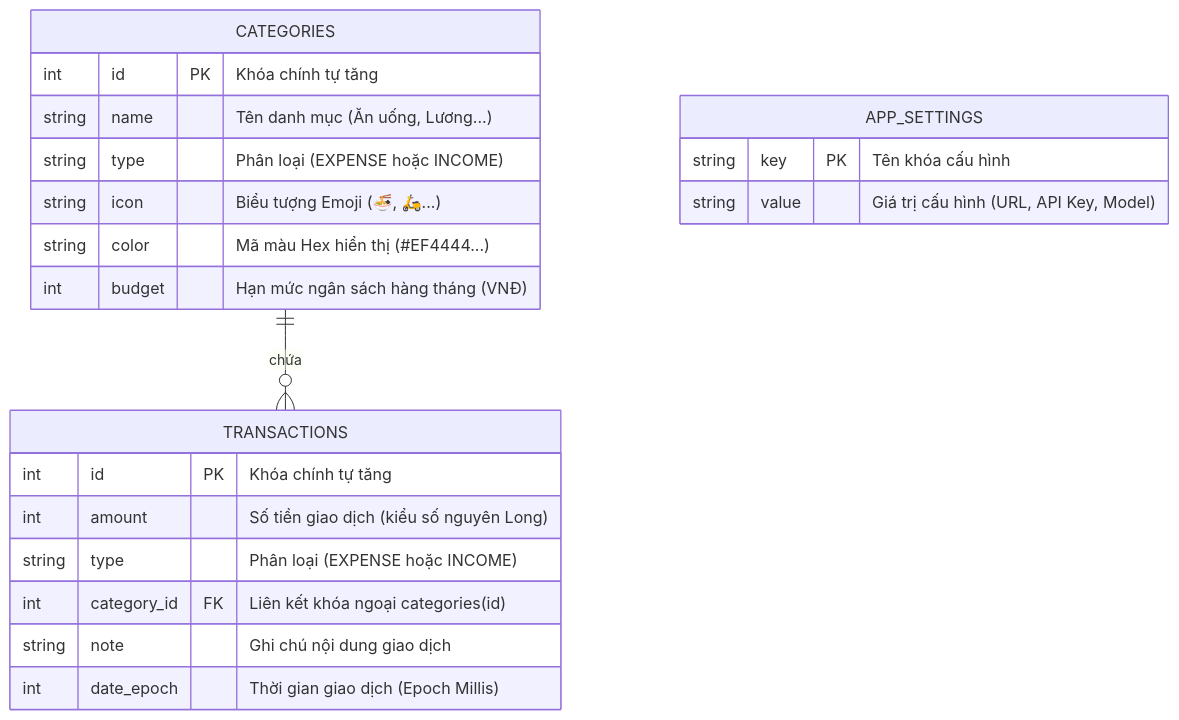
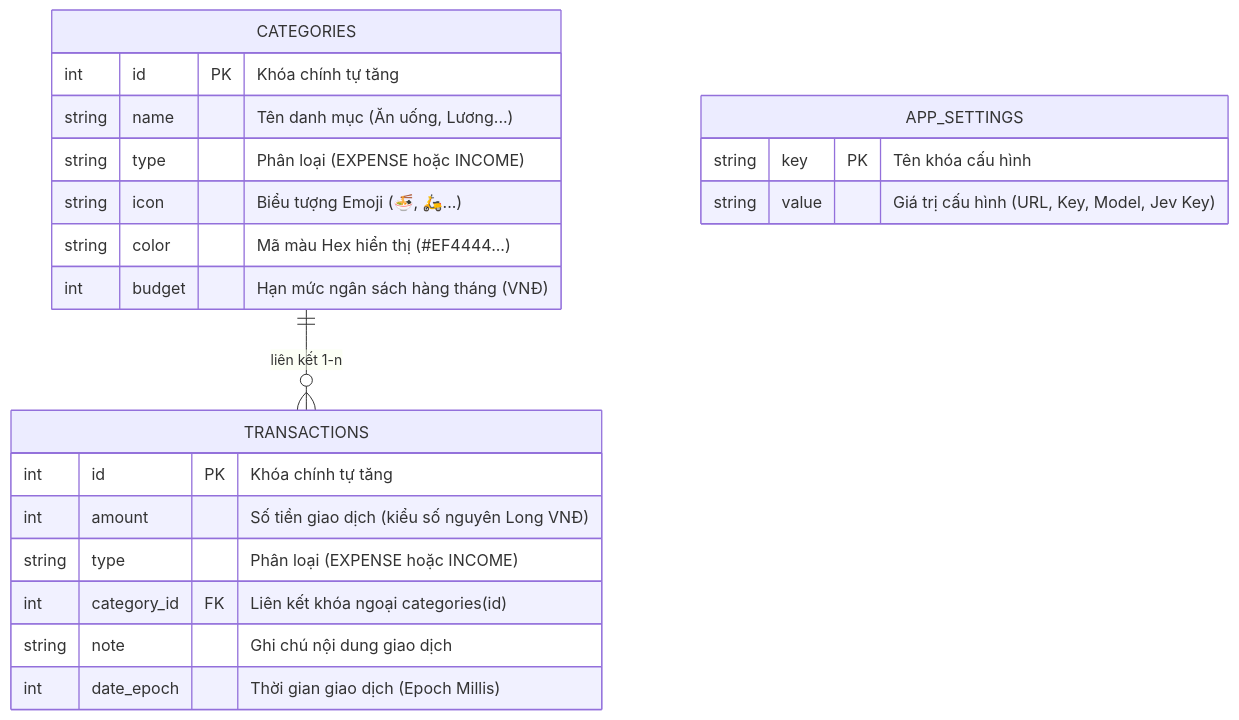
The second of 10 diagrams in docs/baocao.md (tuananhdayne/APP-Tai-Chinh-Ca-Nhan), drawn with Mermaid before and after one commit. The commit also changed other lines of this file and 20 other files, not shown here.

````diff
--- a/docs/baocao.md
+++ b/docs/baocao.md
@@ -147,27 +166,27 @@
 ```mermaid
 erDiagram
-    CATEGORIES ||--o{ TRANSACTIONS : "chứa"
+    CATEGORIES ||--o{ TRANSACTIONS : "liên kết 1-n"
     
     CATEGORIES {
         int id PK "Khóa chính tự tăng"
         string name "Tên danh mục (Ăn uống, Lương...)"
         string type "Phân loại (EXPENSE hoặc INCOME)"
         string icon "Biểu tượng Emoji (🍜, 🛵...)"
         string color "Mã màu Hex hiển thị (#EF4444...)"
         int budget "Hạn mức ngân sách hàng tháng (VNĐ)"
     }
     
     TRANSACTIONS {
         int id PK "Khóa chính tự tăng"
-        int amount "Số tiền giao dịch (kiểu số nguyên Long)"
+        int amount "Số tiền giao dịch (kiểu số nguyên Long VNĐ)"
         string type "Phân loại (EXPENSE hoặc INCOME)"
         int category_id FK "Liên kết khóa ngoại categories(id)"
         string note "Ghi chú nội dung giao dịch"
         int date_epoch "Thời gian giao dịch (Epoch Millis)"
     }
     
     APP_SETTINGS {
         string key PK "Tên khóa cấu hình"
-        string value "Giá trị cấu hình (URL, API Key, Model)"
+        string value "Giá trị cấu hình (URL, Key, Model, Jev Key)"
     }
 ```
````
